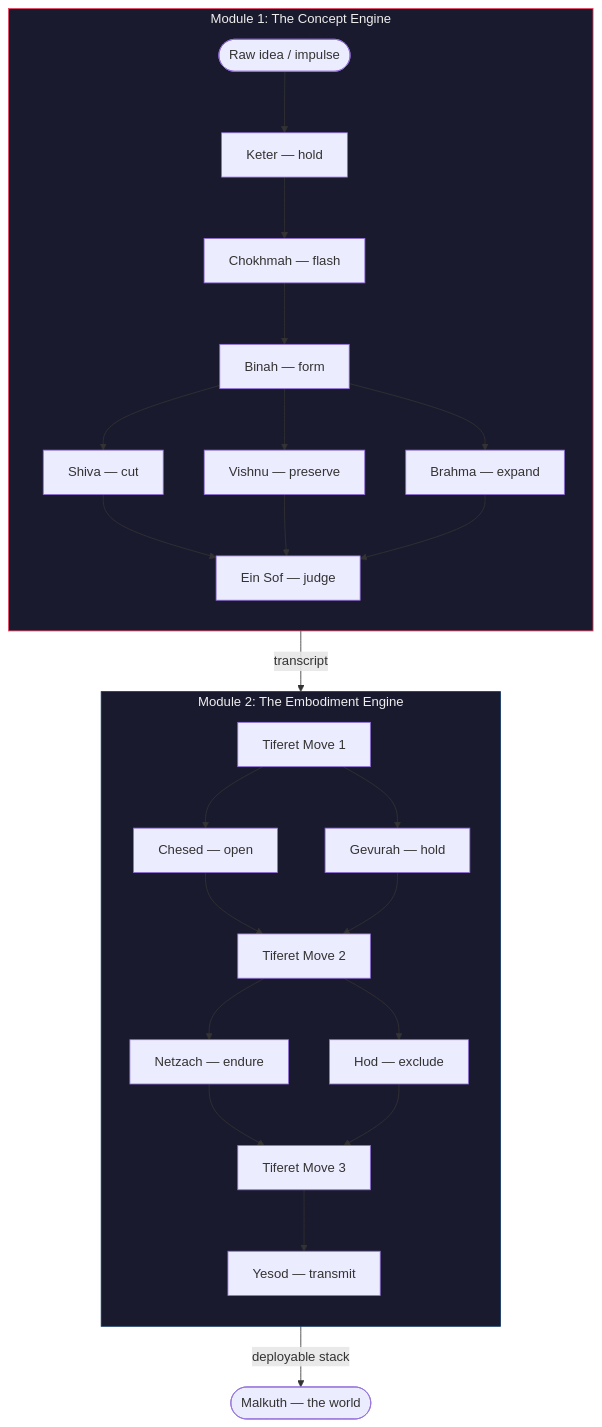
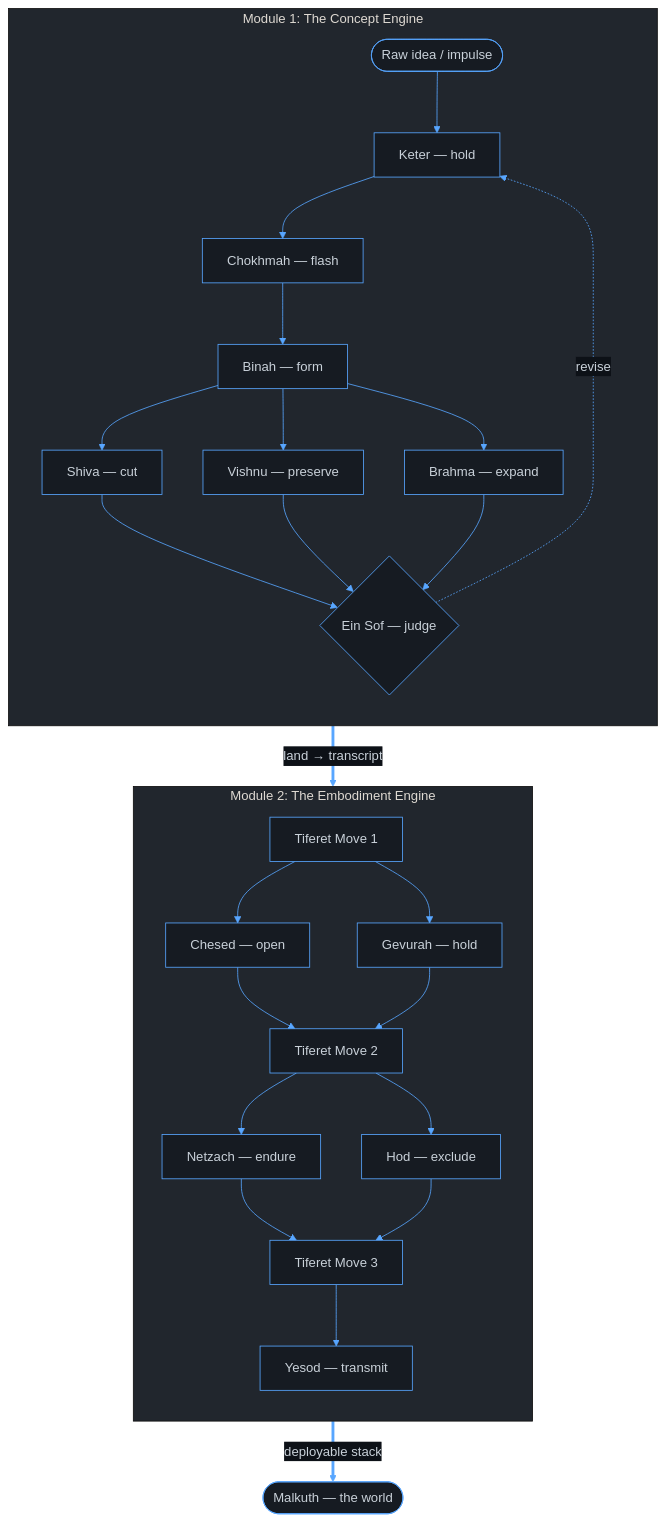
One commit to keninhio/tzimtzum-engine changed the diagram in README.md. Above: the diagram before and after it, drawn with Mermaid. The commit also changed other lines of this file, not shown here.

Commit message:
Update title to 'Creation Engine' and improve pipeline diagram
- Title now reads 'The Tzimtzum Creation Engine'
- Ein Sof shown as decision diamond with revision loop back to Keter
- Diagram lines now use bright blue (#58a6ff) for visibility
- Removed dark subgraph fills that were hiding connection lines
- Main flow uses thick arrows, revision uses dotted line

````diff
--- a/README.md
+++ b/README.md
@@ -11,35 +11,34 @@
 ```mermaid
+%%{init: {'theme': 'base', 'themeVariables': {'lineColor': '#58a6ff', 'primaryColor': '#161b22', 'primaryTextColor': '#c9d1d9', 'primaryBorderColor': '#58a6ff', 'secondaryColor': '#0d1117', 'tertiaryColor': '#21262d'}}}%%
 graph TD
     subgraph concept["Module 1: The Concept Engine"]
         direction TB
         Input(["Raw idea / impulse"]) --> K["Keter — hold"]
         K --> Ch["Chokhmah — flash"]
         Ch --> B["Binah — form"]
         B --> T1["Shiva — cut"]
         B --> T2["Vishnu — preserve"]
         B --> T3["Brahma — expand"]
-        T1 --> ES["Ein Sof — judge"]
+        T1 --> ES{"Ein Sof — judge"}
         T2 --> ES
         T3 --> ES
+        ES -.->|"revise"| K
     end
 
-    ES -->|"transcript"| TM1
+    ES ==>|"land → transcript"| TM1
 
     subgraph embody["Module 2: The Embodiment Engine"]
         direction TB
         TM1["Tiferet Move 1"] --> Cs["Chesed — open"]
         TM1 --> Gv["Gevurah — hold"]
         Cs --> TM2["Tiferet Move 2"]
         Gv --> TM2
         TM2 --> Nt["Netzach — endure"]
         TM2 --> Hd["Hod — exclude"]
         Nt --> TM3["Tiferet Move 3"]
         Hd --> TM3
         TM3 --> Y["Yesod — transmit"]
     end
 
-    Y -->|"deployable stack"| M(["Malkuth — the world"])
-
-    style concept fill:#1a1a2e,stroke:#e94560,color:#eee
-    style embody fill:#1a1a2e,stroke:#0f3460,color:#eee
+    Y ==>|"deployable stack"| M(["Malkuth — the world"])
 ```
````
